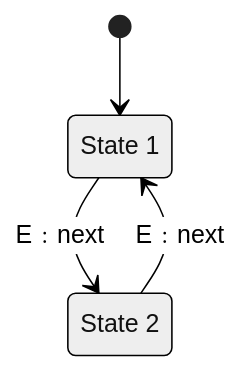
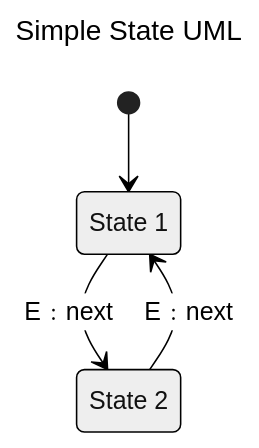
Before and after one commit to tongmon/fundamental-practice: the tenth of 12 diagrams in Programming Pattern/Behavioral Pattern/State.md, drawn with Mermaid (neutral theme). The commit also changed other lines of this file, not shown here.

````diff
--- a/Programming Pattern/Behavioral Pattern/State.md
+++ b/Programming Pattern/Behavioral Pattern/State.md
@@ -1737,9 +1917,13 @@
 ```mermaid
+---
+title : Simple State UML
+---
+
 stateDiagram-v2
     State1: State 1
     State2: State 2
 
     [*] --> State1
     State1 --> State2: E﹕next
     State2 --> State1: E﹕next
 ```
````
